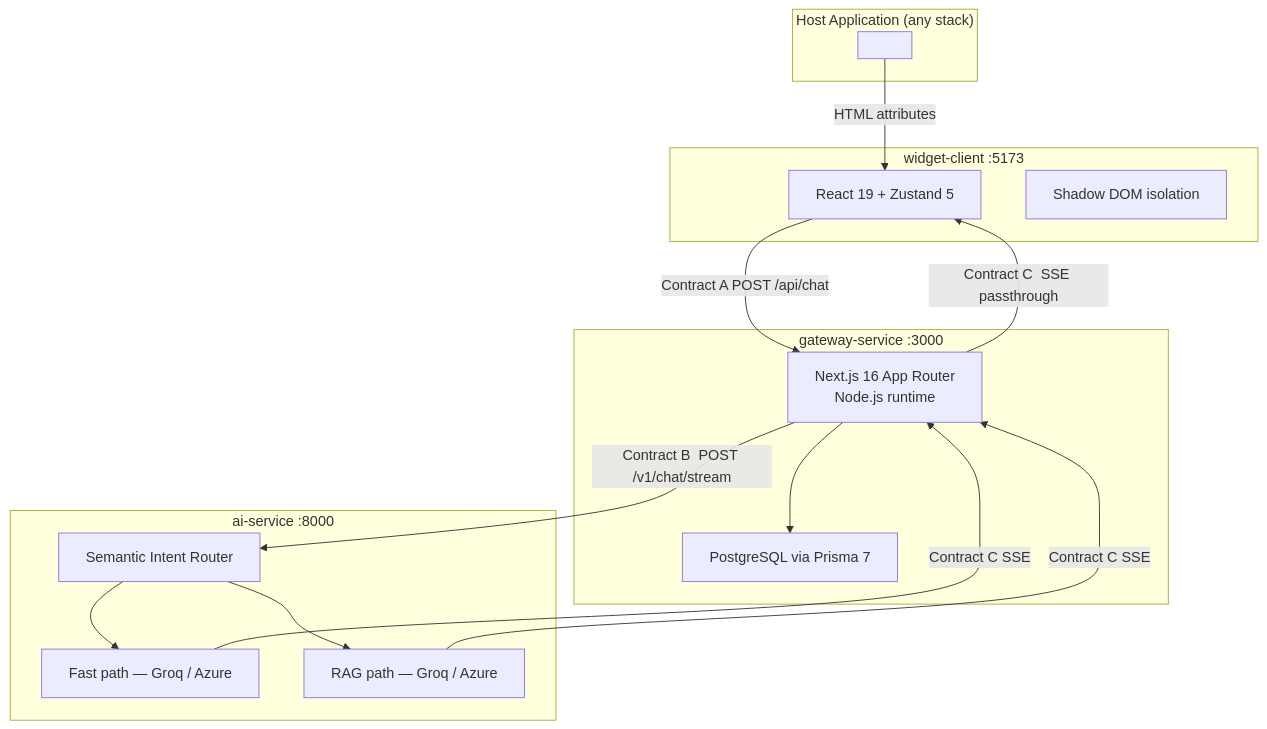
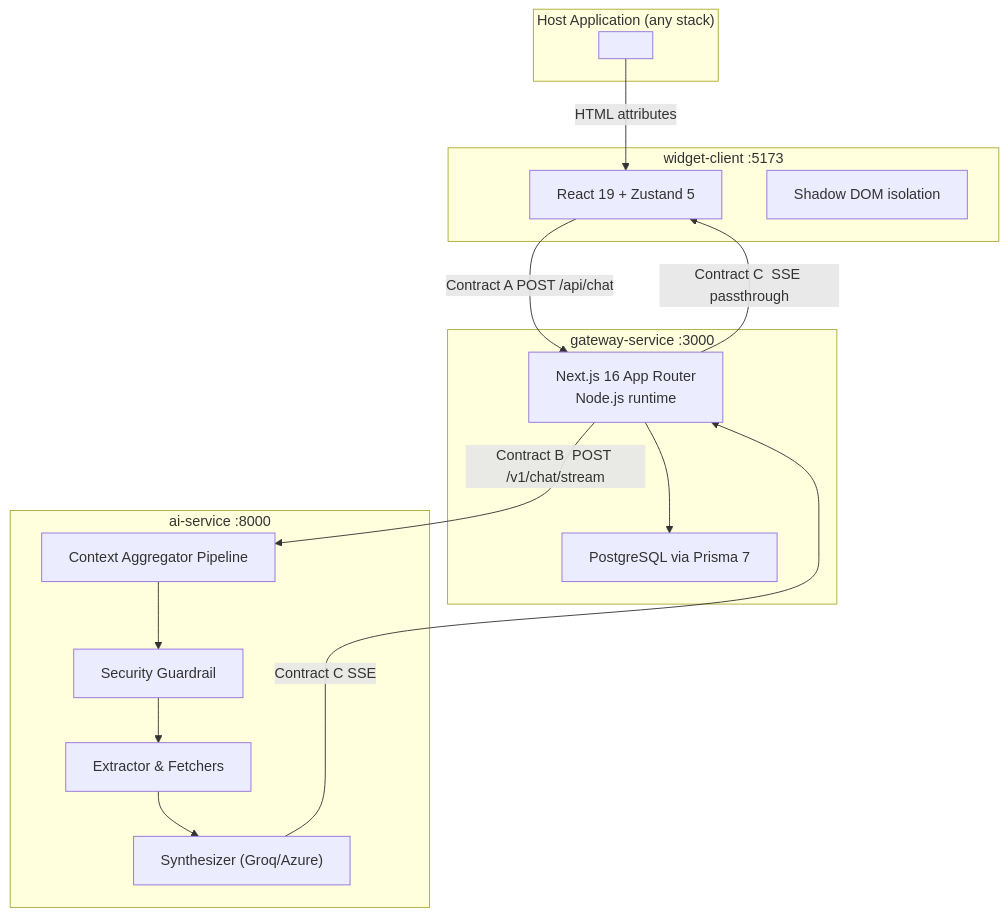
One commit to Manavagarwal2703/compliance-overlay changed the diagram in README.md. Above: the diagram before and after it, drawn with Mermaid. The commit also changed other lines of this file and 5 other files, not shown here.

Commit message:
feat: implemented Context Aggregator pipeline, LLM guardrails, and UI input locking

````diff
--- a/README.md
+++ b/README.md
@@ -23,32 +23,33 @@
 ```mermaid
 flowchart TB
   subgraph host["Host Application (any stack)"]
     WC["<compliance-chat-overlay\nuser-role='reviewer'\nuser-id='usr_123'>"]
   end
 
   subgraph widget["widget-client  :5173"]
     UI["React 19 + Zustand 5"]
     SHADOW["Shadow DOM isolation"]
   end
 
   subgraph gateway["gateway-service  :3000"]
     API["Next.js 16 App Router\nNode.js runtime"]
     DB["PostgreSQL via Prisma 7"]
   end
 
   subgraph ai["ai-service  :8000"]
-    ROUTER["Semantic Intent Router"]
-    FAST["Fast path — Groq / Azure"]
-    RAG["RAG path — Groq / Azure"]
+    PIPELINE["Context Aggregator Pipeline"]
+    GUARD["Security Guardrail"]
+    EXTRACT["Extractor & Fetchers"]
+    SYNTH["Synthesizer (Groq/Azure)"]
   end
 
   WC -->|"HTML attributes"| UI
   UI -->|"Contract A  POST /api/chat"| API
   API --> DB
-  API -->|"Contract B  POST /v1/chat/stream"| ROUTER
-  ROUTER --> FAST
-  ROUTER --> RAG
-  FAST -->|"Contract C  SSE"| API
-  RAG -->|"Contract C  SSE"| API
+  API -->|"Contract B  POST /v1/chat/stream"| PIPELINE
+  PIPELINE --> GUARD
+  GUARD --> EXTRACT
+  EXTRACT --> SYNTH
+  SYNTH -->|"Contract C  SSE"| API
   API -->|"Contract C  SSE passthrough"| UI
 ```
````
